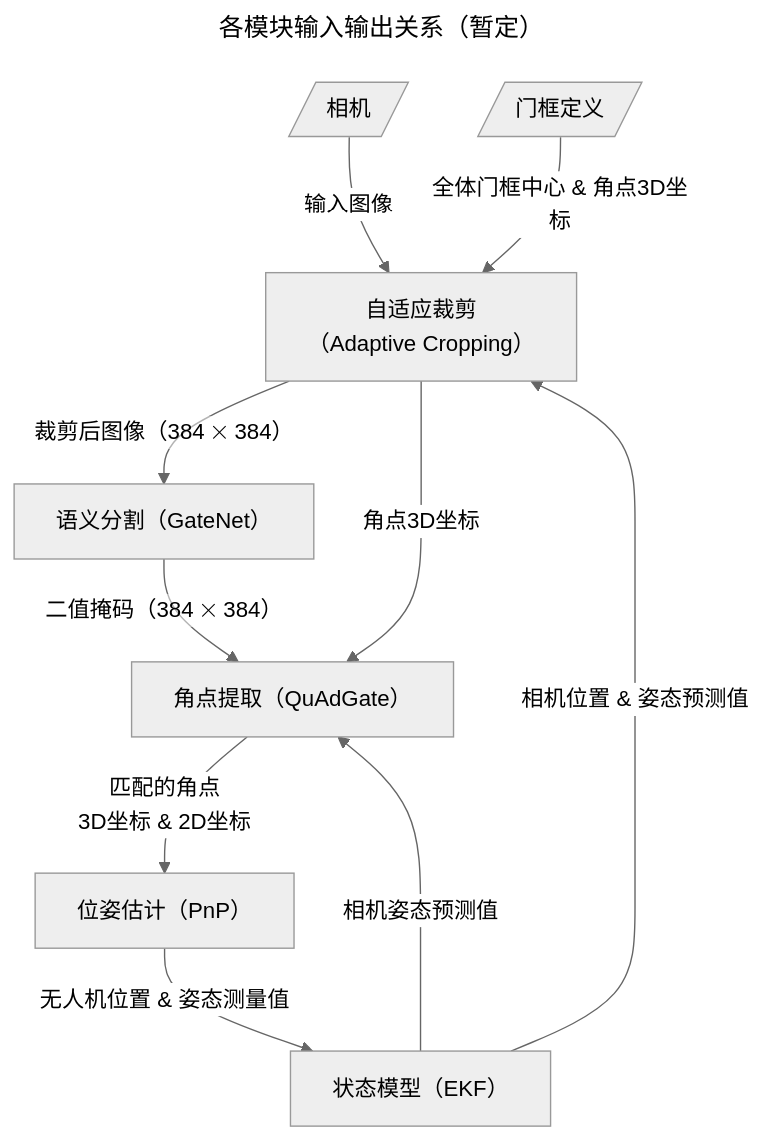
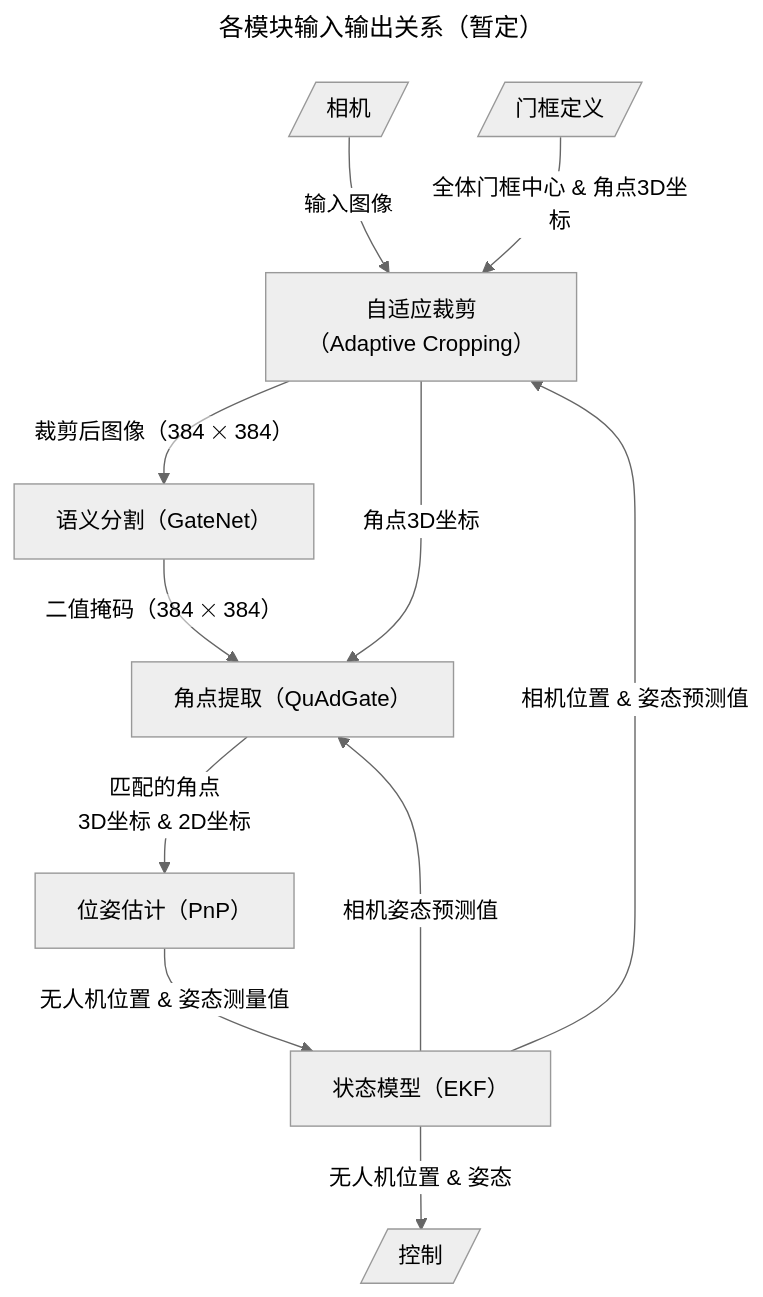
Before and after one commit to Xyc1596/monorace_perception: the diagram in README.md, drawn with Mermaid (neutral theme). The commit also changed other lines of this file and 1 other file, not shown here.

````diff
--- a/README.md
+++ b/README.md
@@ -17,27 +17,29 @@
 ```mermaid
 ---
 title: "各模块输入输出关系（暂定）"
 ---
 flowchart TD
     AC["自适应裁剪\n（Adaptive Cropping）"]
     Seg["语义分割（GateNet）"]
     CD["角点提取（QuAdGate）"]
     PnP["位姿估计（PnP）"]
     EKF["状态模型（EKF）"]
 
     cam[/"相机"/]
     gates[/"门框定义"/]
+    ctrl[/"控制"/]
 
     cam -->|"输入图像"| AC
     gates -->|"全体门框中心 & 角点3D坐标"| AC
     EKF -->|"相机位置 & 姿态预测"值| AC
 
     AC -->|"裁剪后图像（384 $$\times$$ 384）"| Seg
 
     Seg -->|"二值掩码（384 $$\times$$ 384）"| CD
     AC -->|"角点3D坐标"| CD
     EKF -->|"相机姿态预测值"| CD
 
     CD -->|"匹配的角点\n3D坐标 & 2D坐标"| PnP
     PnP -->|"无人机位置 & 姿态测量值"| EKF
+    EKF -->|"无人机位置 & 姿态"| ctrl
 ```
````
